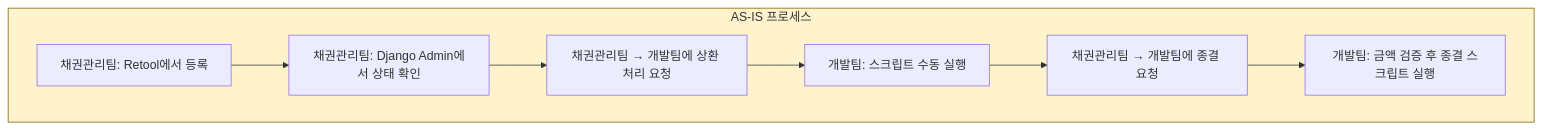
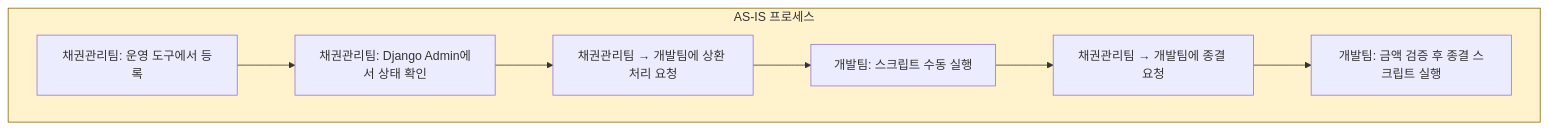
Before and after one commit to Gyubster/til: the first of 5 diagrams in _posts/2025-08-11-운영팀-자율화를-위한-워크플로우-재설계-상태-머신-패턴.md, drawn with Mermaid. The commit also changed other lines of this file and 6 other files, not shown here.

````diff
--- a/_posts/2025-08-11-운영팀-자율화를-위한-워크플로우-재설계-상태-머신-패턴.md
+++ b/_posts/2025-08-11-운영팀-자율화를-위한-워크플로우-재설계-상태-머신-패턴.md
@@ -17,11 +17,11 @@
 ```mermaid
 flowchart TD
     subgraph as_is["AS-IS 프로세스"]
-        A["채권관리팀: Retool에서 등록"] --> B["채권관리팀: Django Admin에서 상태 확인"]
+        A["채권관리팀: 운영 도구에서 등록"] --> B["채권관리팀: Django Admin에서 상태 확인"]
         B --> C["채권관리팀 → 개발팀에 상환 처리 요청"]
         C --> D["개발팀: 스크립트 수동 실행"]
         D --> E["채권관리팀 → 개발팀에 종결 요청"]
         E --> F["개발팀: 금액 검증 후 종결 스크립트 실행"]
     end
     style as_is fill:#fff3cd,stroke:#856404
 ```
````
